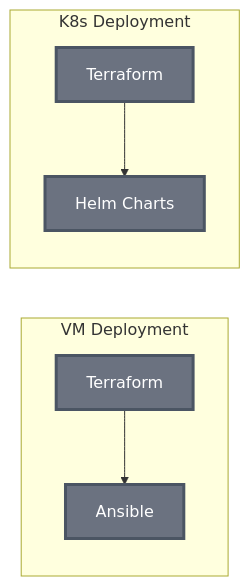
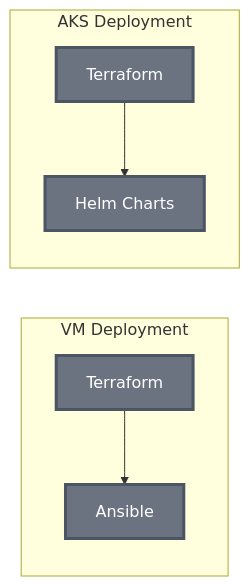
Before and after one commit to nathandiez/nathandiez: the fifth of 7 diagrams in architecture3.md, drawn with Mermaid. The commit also changed other lines of this file, not shown here.

````diff
--- a/architecture3.md
+++ b/architecture3.md
@@ -111,19 +111,19 @@
 ```mermaid
 graph LR
   subgraph "VM Deployment"
     TF_VM["Terraform"]
     ANSIBLE["Ansible"]
   end
   
-  subgraph "K8s Deployment"  
+  subgraph "AKS Deployment"  
     TF_AKS["Terraform"]
     HELM["Helm Charts"]
   end
   
   TF_VM --> ANSIBLE
   TF_AKS --> HELM
   
   classDef iac fill:#6b7280,stroke:#4b5563,stroke-width:3px,color:#fff
   
   class TF_VM,TF_AKS,ANSIBLE,HELM iac
 ```
````
